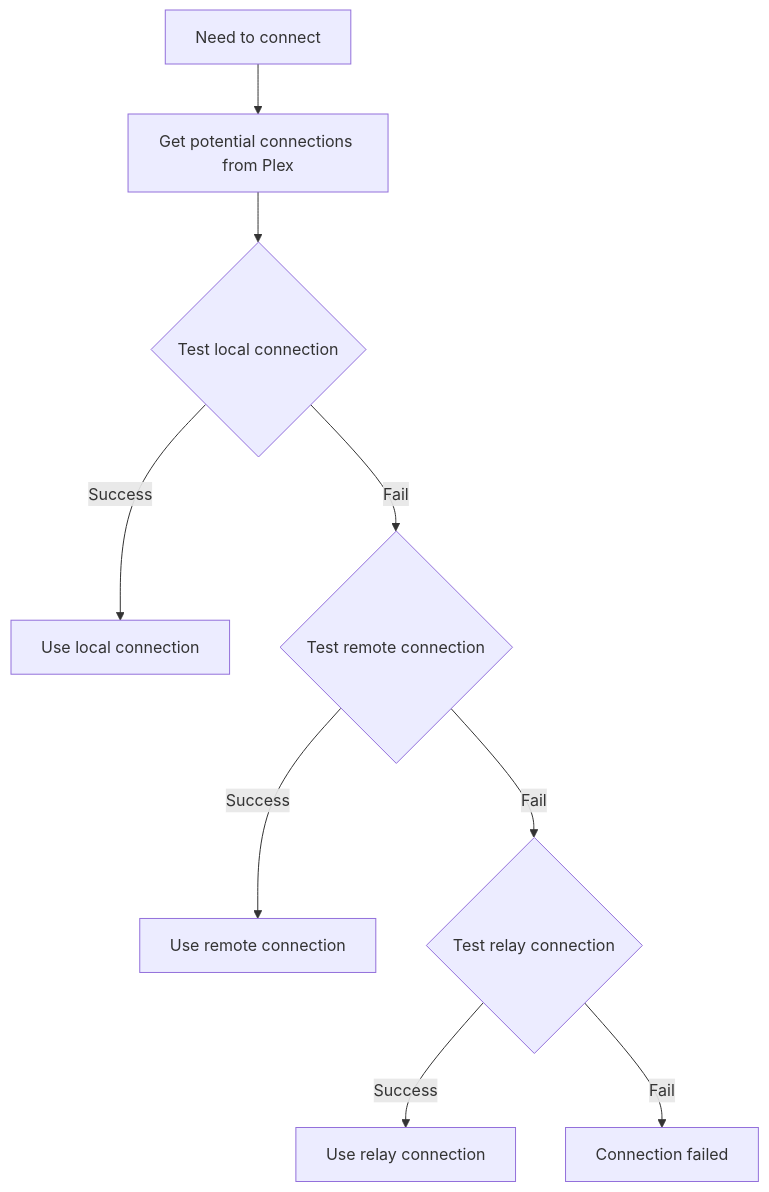
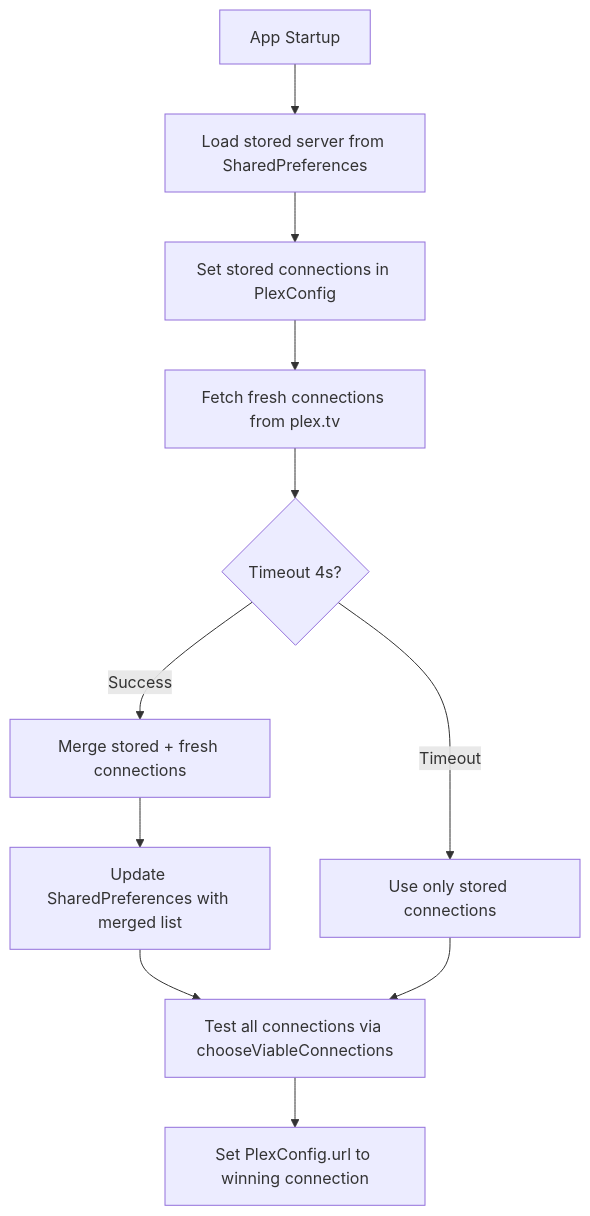
One commit to fabiogermann/chronicle changed the third of 5 diagrams in docs/architecture/plex-integration.md. Above: the diagram before and after it, drawn with Mermaid. The commit also changed other lines of this file and 6 other files, not shown here.

````diff
--- a/docs/architecture/plex-integration.md
+++ b/docs/architecture/plex-integration.md
@@ -141,11 +266,13 @@
 ```mermaid
 flowchart TD
-    Start[Need to connect] --> GetConnections[Get potential connections from Plex]
-    GetConnections --> TestLocal{Test local connection}
-    TestLocal -->|Success| UseLocal[Use local connection]
-    TestLocal -->|Fail| TestRemote{Test remote connection}
-    TestRemote -->|Success| UseRemote[Use remote connection]
-    TestRemote -->|Fail| TestRelay{Test relay connection}
-    TestRelay -->|Success| UseRelay[Use relay connection]
-    TestRelay -->|Fail| ConnectionFailed[Connection failed]
+    Start[App Startup] --> LoadStored[Load stored server from SharedPreferences]
+    LoadStored --> SetPotential[Set stored connections in PlexConfig]
+    SetPotential --> FetchFresh[Fetch fresh connections from plex.tv]
+    FetchFresh --> Timeout{Timeout 4s?}
+    Timeout -->|Success| MergeConnections[Merge stored + fresh connections]
+    Timeout -->|Timeout| UseStored[Use only stored connections]
+    MergeConnections --> UpdatePrefs[Update SharedPreferences with merged list]
+    UpdatePrefs --> TestConnections[Test all connections via chooseViableConnections]
+    UseStored --> TestConnections
+    TestConnections --> SetURL[Set PlexConfig.url to winning connection]
 ```
````
